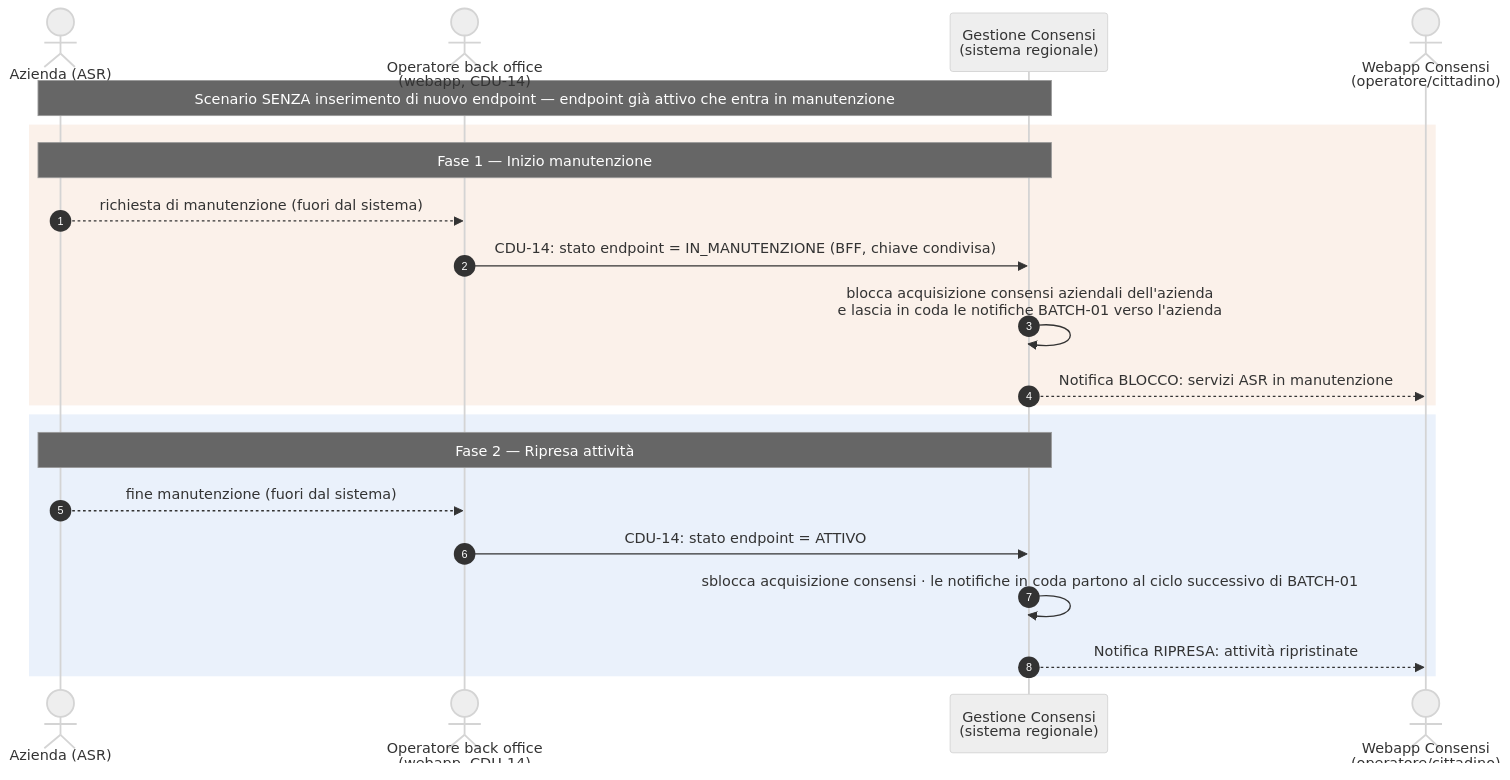
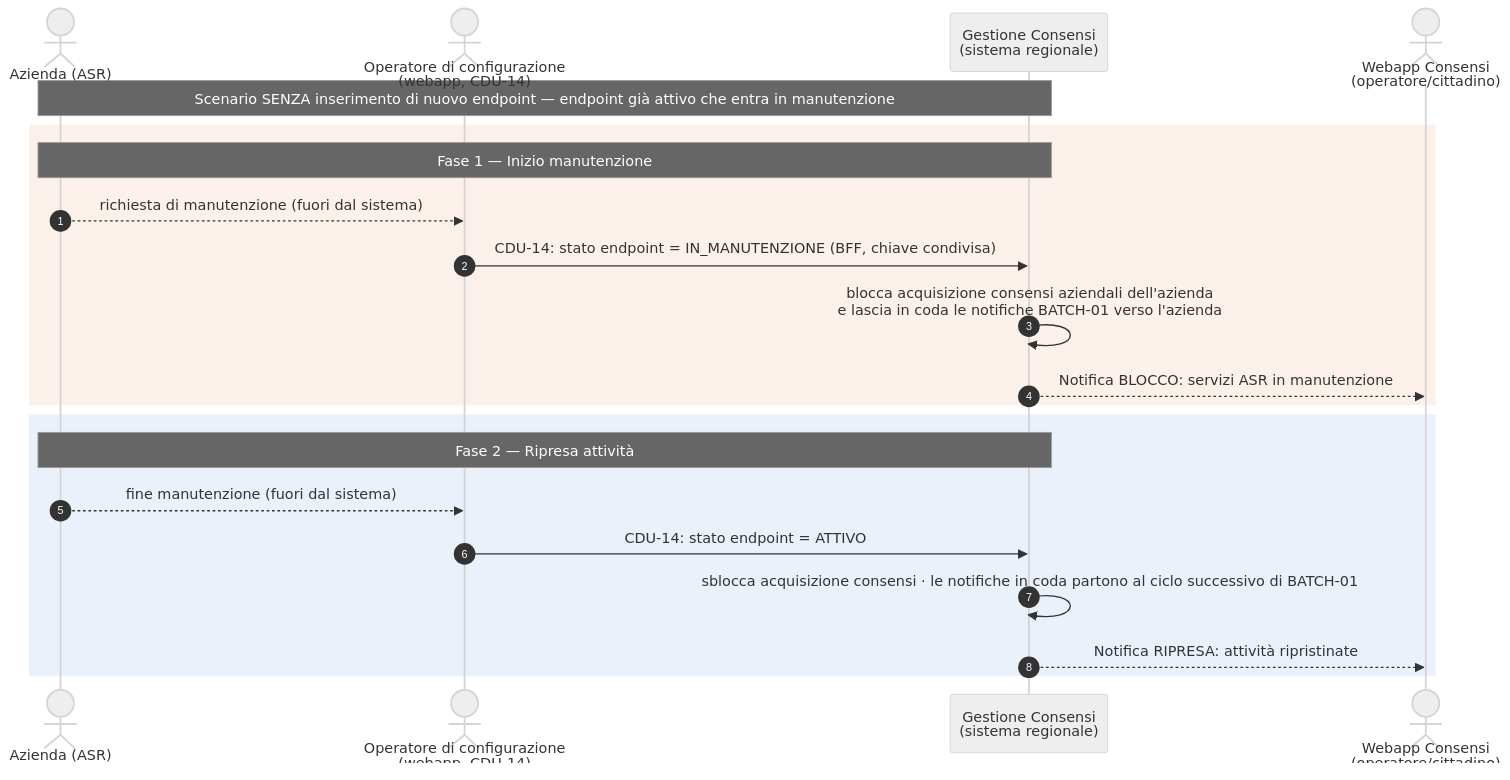
One commit to caccu/srs_cons_git_exprivia changed the first of 2 diagrams in src/site/notes/Manutenzione-endpoint_diagramma-sequenza.md. Above: the diagram before and after it, drawn with Mermaid (neutral theme). The commit also changed other lines of this file and 4 other files, not shown here.

````diff
--- a/src/site/notes/Manutenzione-endpoint_diagramma-sequenza.md
+++ b/src/site/notes/Manutenzione-endpoint_diagramma-sequenza.md
@@ -22,26 +37,26 @@
 ```mermaid
 sequenceDiagram
     autonumber
     actor AZ as Azienda (ASR)
-    actor OP as Operatore back office<br/>(webapp, CDU-14)
+    actor OP as Operatore di configurazione<br/>(webapp, CDU-14)
     participant GC as Gestione Consensi<br/>(sistema regionale)
     actor WEB as Webapp Consensi<br/>(operatore/cittadino)
 
     Note over AZ,GC: Scenario SENZA inserimento di nuovo endpoint — endpoint già attivo che entra in manutenzione
 
     rect rgb(251,241,234)
     Note over AZ,GC: Fase 1 — Inizio manutenzione
     AZ-->>OP: richiesta di manutenzione (fuori dal sistema)
     OP->>GC: CDU-14: stato endpoint = IN_MANUTENZIONE (BFF, chiave condivisa)
     GC->>GC: blocca acquisizione consensi aziendali dell'azienda<br/>e lascia in coda le notifiche BATCH-01 verso l'azienda
     GC-->>WEB: Notifica BLOCCO: servizi ASR in manutenzione
     end
 
     rect rgb(234,241,251)
     Note over AZ,GC: Fase 2 — Ripresa attività
     AZ-->>OP: fine manutenzione (fuori dal sistema)
     OP->>GC: CDU-14: stato endpoint = ATTIVO
     GC->>GC: sblocca acquisizione consensi · le notifiche in coda partono al ciclo successivo di BATCH-01
     GC-->>WEB: Notifica RIPRESA: attività ripristinate
     end
 ```
````
